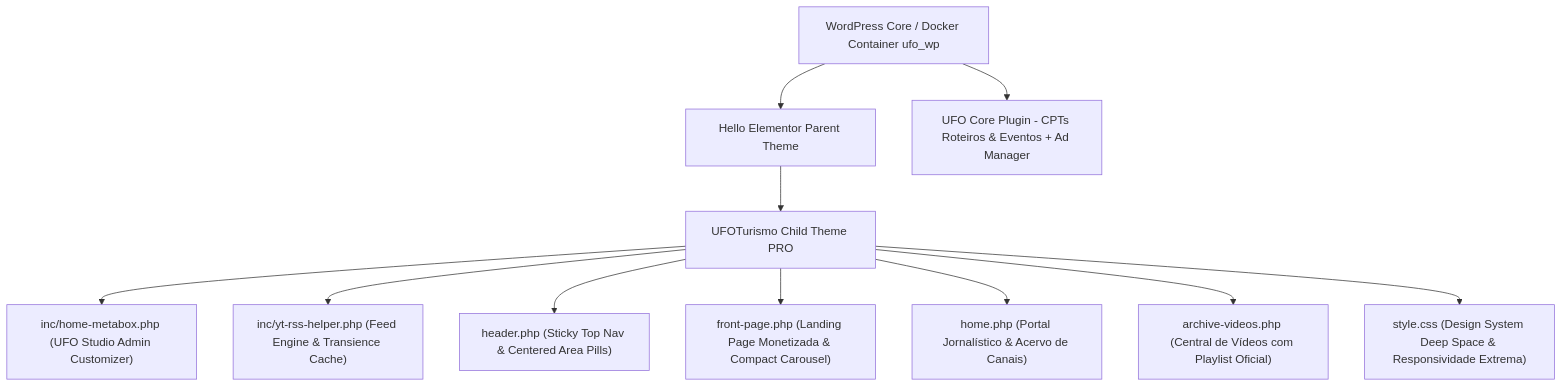
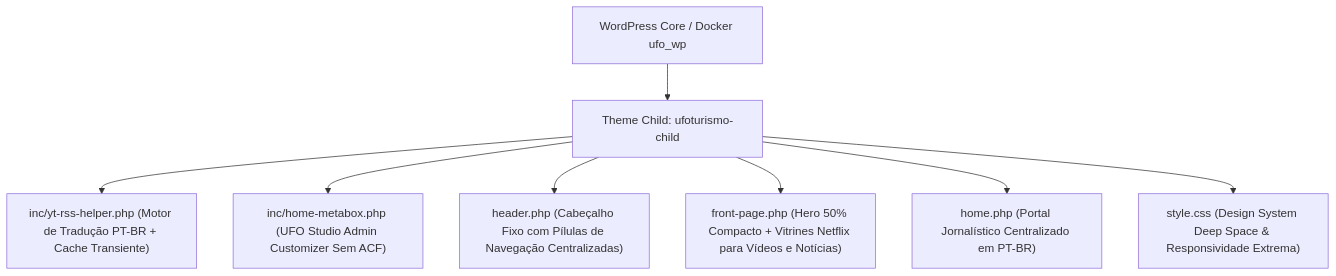
Before and after one commit to FeralUnsettler/WPLocal: the diagram in README.md, drawn with Mermaid. The commit also changed other lines of this file and 4 other files, not shown here.

Commit message:
feat(v3.3.0): implement 50% half height hero, PT-BR title translation engine and compact Netflix-style news carousel

````diff
--- a/README.md
+++ b/README.md
@@ -57,13 +57,10 @@
 ```mermaid
 graph TD
-    A[WordPress Core / Docker Container ufo_wp] --> B[Hello Elementor Parent Theme]
-    A --> C[UFO Core Plugin - CPTs Roteiros & Eventos + Ad Manager]
-    B --> D[UFOTurismo Child Theme PRO]
-    D --> E["inc/home-metabox.php (UFO Studio Admin Customizer)"]
-    D --> F["inc/yt-rss-helper.php (Feed Engine & Transience Cache)"]
-    D --> G["header.php (Sticky Top Nav & Centered Area Pills)"]
-    D --> H["front-page.php (Landing Page Monetizada & Compact Carousel)"]
-    D --> I["home.php (Portal Jornalístico & Acervo de Canais)"]
-    D --> J["archive-videos.php (Central de Vídeos com Playlist Oficial)"]
-    D --> K["style.css (Design System Deep Space & Responsividade Extrema)"]
+    A[WordPress Core / Docker ufo_wp] --> B[Theme Child: ufoturismo-child]
+    B --> C["inc/yt-rss-helper.php (Motor de Tradução PT-BR + Cache Transiente)"]
+    B --> D["inc/home-metabox.php (UFO Studio Admin Customizer Sem ACF)"]
+    B --> E["header.php (Cabeçalho Fixo com Pílulas de Navegação Centralizadas)"]
+    B --> F["front-page.php (Hero 50% Compacto + Vitrines Netflix para Vídeos e Notícias)"]
+    B --> G["home.php (Portal Jornalístico Centralizado em PT-BR)"]
+    B --> H["style.css (Design System Deep Space & Responsividade Extrema)"]
 ```
````
